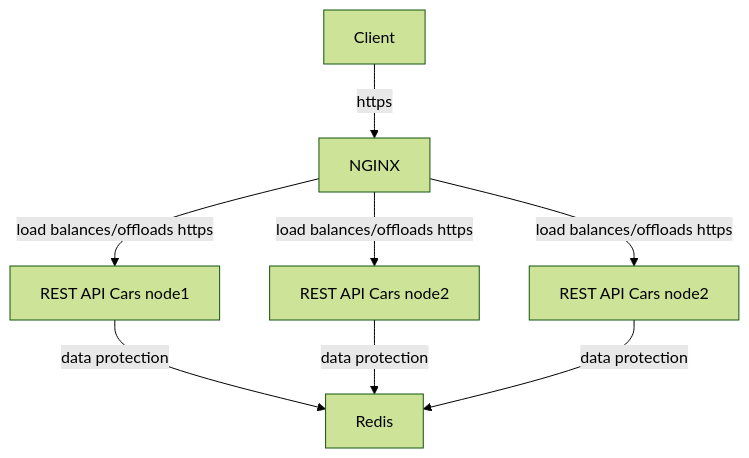
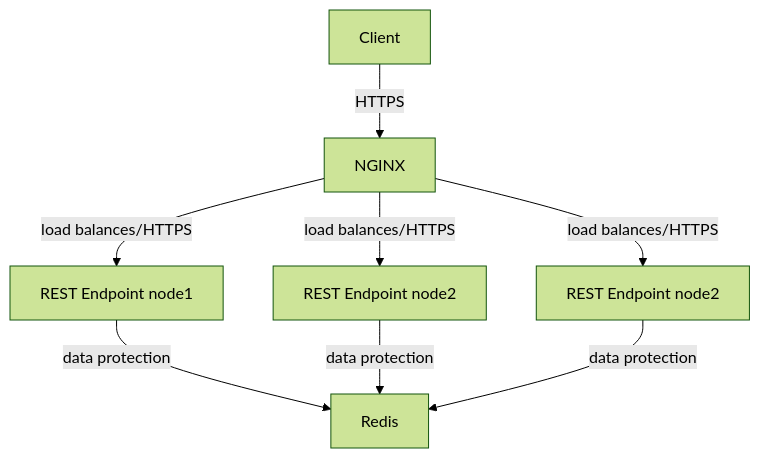
The seventh of 8 diagrams in README.md (bartengine27/hostr), drawn with Mermaid (forest theme) before and after one commit. The commit also changed other lines of this file, not shown here.

Commit message:
nginx docu

````diff
--- a/README.md
+++ b/README.md
@@ -722,12 +818,16 @@
 ```mermaid
 flowchart TD;        
-    NGINX--load balances/offloads https-->RESTAPI1[REST API Cars node1];
-    NGINX--load balances/offloads https-->RESTAPI2[REST API Cars node2];
-    NGINX--load balances/offloads https-->RESTAPI3[REST API Cars node2];
+    RESTAPI1[REST Endpoint node1];
+    RESTAPI2[REST Endpoint node2];
+    RESTAPI3[REST Endpoint node2];
 
-    RESTAPI1[REST API Cars node1]--data protection-->Redis;
-    RESTAPI2[REST API Cars node2]--data protection-->Redis;
-    RESTAPI3[REST API Cars node2]--data protection-->Redis;
+    NGINX--load balances/HTTPS-->RESTAPI1;
+    NGINX--load balances/HTTPS-->RESTAPI2;
+    NGINX--load balances/HTTPS-->RESTAPI3;
 
-    Client--https-->NGINX
+    RESTAPI1--data protection-->Redis;
+    RESTAPI2--data protection-->Redis;
+    RESTAPI3--data protection-->Redis;
+
+    Client--HTTPS-->NGINX
 ```
````
